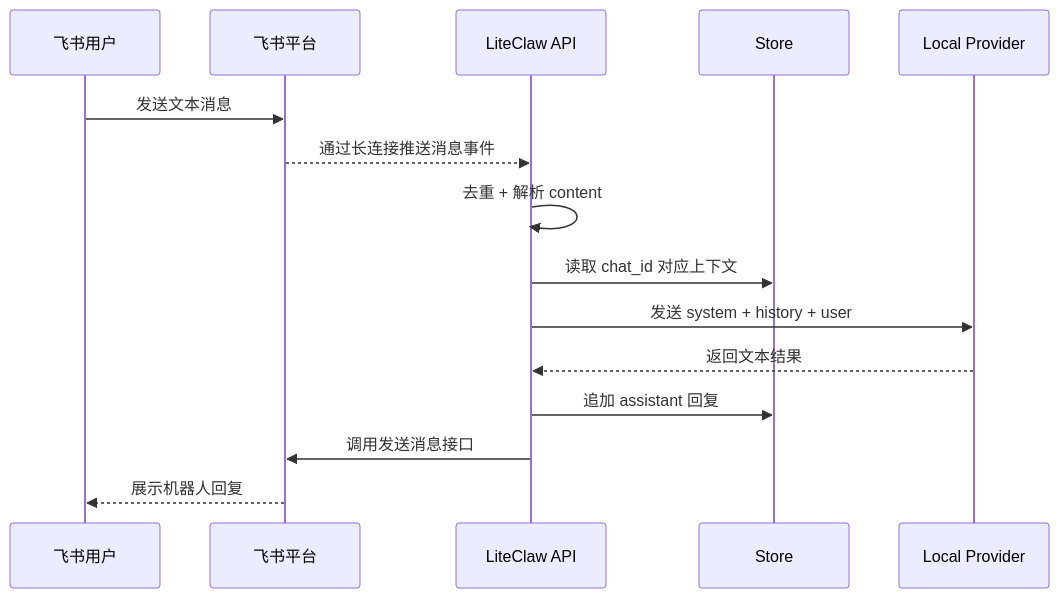
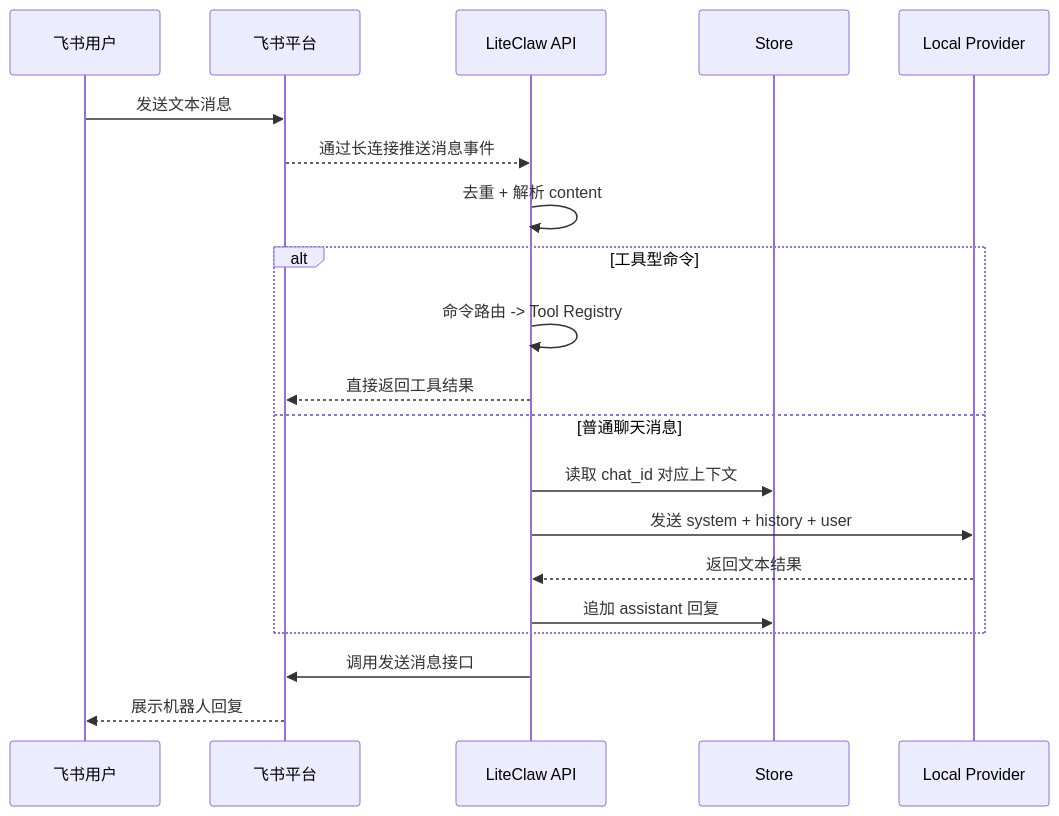
Before and after one commit to WarrenJones/liteClaw: the second of 3 diagrams in docs/liteclaw-feishu-mvp.md, drawn with Mermaid. The commit also changed other lines of this file and 11 other files, not shown here.

First line of the commit message:
Add tool registry skeleton and runtime status snapshot

````diff
--- a/docs/liteclaw-feishu-mvp.md
+++ b/docs/liteclaw-feishu-mvp.md
@@ -53,18 +54,23 @@
 ```mermaid
 sequenceDiagram
     participant User as 飞书用户
     participant Feishu as 飞书平台
     participant LiteClaw as LiteClaw API
     participant Memory as Store
     participant LLM as Local Provider
 
     User->>Feishu: 发送文本消息
     Feishu-->>LiteClaw: 通过长连接推送消息事件
     LiteClaw->>LiteClaw: 去重 + 解析 content
-    LiteClaw->>Memory: 读取 chat_id 对应上下文
-    LiteClaw->>LLM: 发送 system + history + user
-    LLM-->>LiteClaw: 返回文本结果
-    LiteClaw->>Memory: 追加 assistant 回复
+    alt 工具型命令
+        LiteClaw->>LiteClaw: 命令路由 -> Tool Registry
+        LiteClaw-->>Feishu: 直接返回工具结果
+    else 普通聊天消息
+        LiteClaw->>Memory: 读取 chat_id 对应上下文
+        LiteClaw->>LLM: 发送 system + history + user
+        LLM-->>LiteClaw: 返回文本结果
+        LiteClaw->>Memory: 追加 assistant 回复
+    end
     LiteClaw->>Feishu: 调用发送消息接口
     Feishu-->>User: 展示机器人回复
 ```
````
